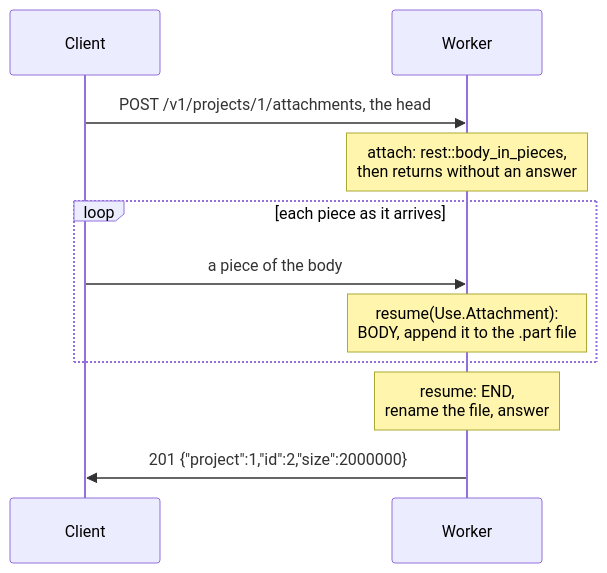
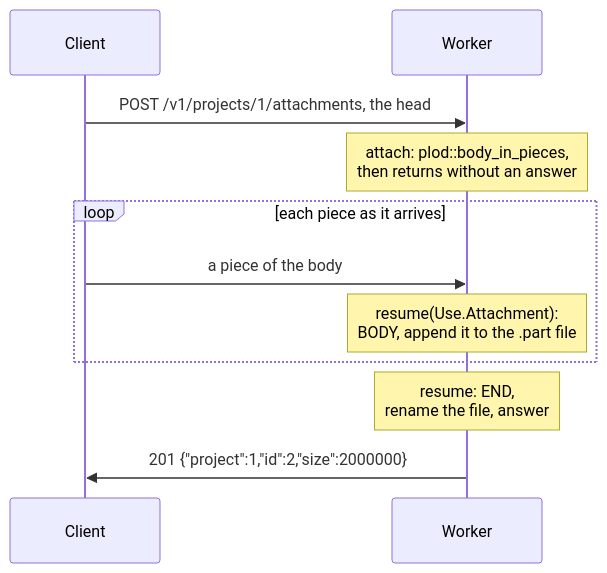
Before and after one commit to kaitk/goose-rest: the diagram in docs/tutorial/14-bodies-in-pieces.md, drawn with Mermaid. The commit also changed other lines of this file and 390 other files, not shown here.

Commit message:
Rename goose-rest to Plod: namespace plod, plod gen, and the docs

````diff
--- a/docs/tutorial/14-bodies-in-pieces.md
+++ b/docs/tutorial/14-bodies-in-pieces.md
@@ -66,13 +66,13 @@
 ```mermaid
 sequenceDiagram
     participant C as Client
     participant W as Worker
     C->>W: POST /v1/projects/1/attachments, the head
-    Note over W: attach: rest::body_in_pieces,<br/>then returns without an answer
+    Note over W: attach: plod::body_in_pieces,<br/>then returns without an answer
     loop each piece as it arrives
         C->>W: a piece of the body
         Note over W: resume(Use.Attachment):<br/>BODY, append it to the .part file
     end
     Note over W: resume: END,<br/>rename the file, answer
     W->>C: 201 {"project":1,"id":2,"size":2000000}
 ```
````
